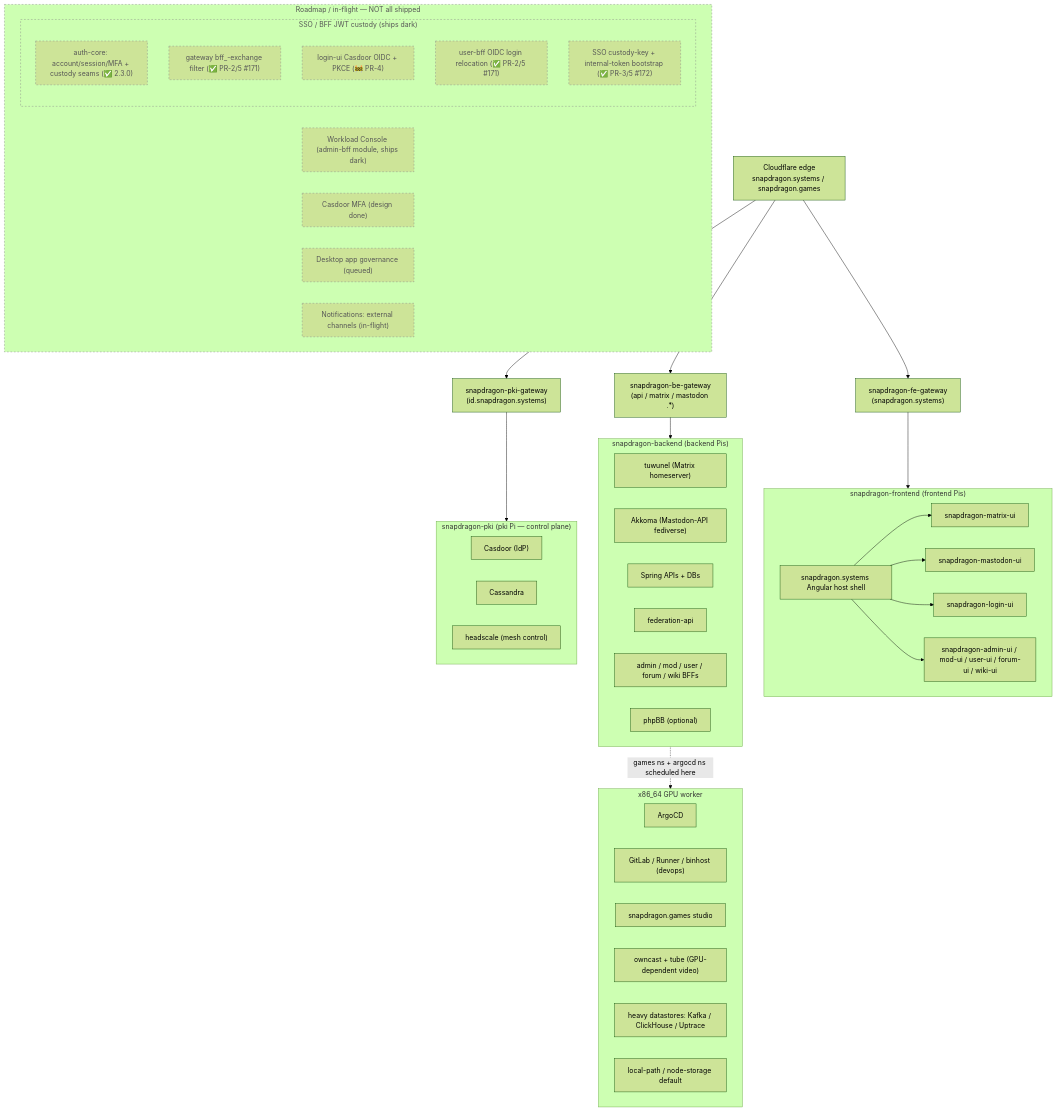
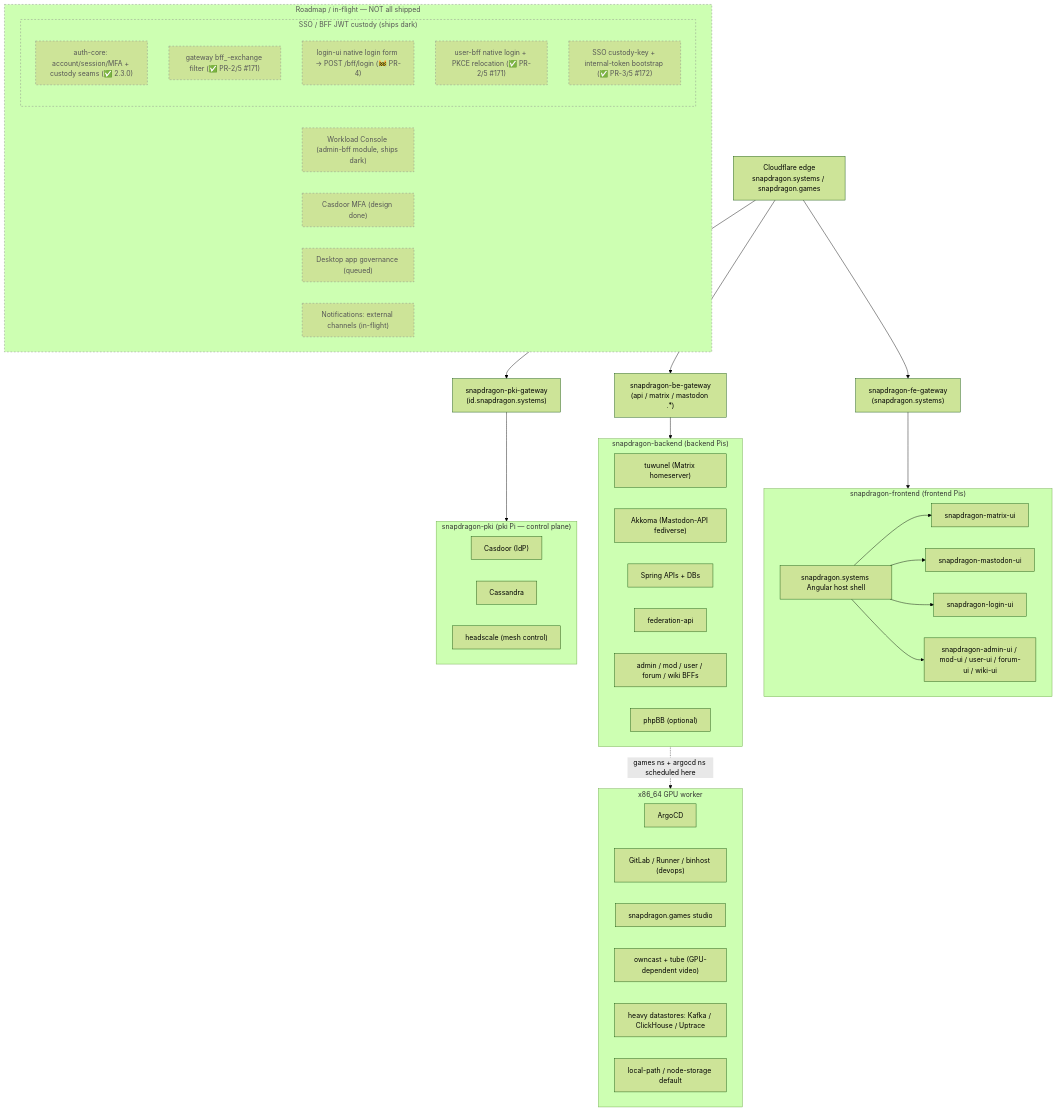
Before and after one commit to hugmesh/hugmesh-generator: the first of 2 diagrams in docs/ARCHITECTURE.md, drawn with Mermaid (forest theme). The commit also changed other lines of this file and 9 other files, not shown here.

````diff
--- a/docs/ARCHITECTURE.md
+++ b/docs/ARCHITECTURE.md
@@ -25,61 +25,61 @@
 ```mermaid
 flowchart TD
     CF["Cloudflare edge<br/>snapdragon.systems / snapdragon.games"]
     CF --> FEGW["snapdragon-fe-gateway<br/>(snapdragon.systems)"]
     CF --> BEGW["snapdragon-be-gateway<br/>(api / matrix / mastodon .*)"]
     CF --> PKIGW["snapdragon-pki-gateway<br/>(id.snapdragon.systems)"]
 
     subgraph FE["snapdragon-frontend (frontend Pis)"]
         HOST["snapdragon.systems Angular host shell"]
         HOST --> MUI["snapdragon-matrix-ui"]
         HOST --> MASTUI["snapdragon-mastodon-ui"]
         HOST --> LOGINUI["snapdragon-login-ui"]
         HOST --> ADMINUI["snapdragon-admin-ui / mod-ui / user-ui / forum-ui / wiki-ui"]
     end
 
     subgraph BE["snapdragon-backend (backend Pis)"]
         TUW["tuwunel (Matrix homeserver)"]
         AKK["Akkoma (Mastodon-API fediverse)"]
         APIS["Spring APIs + DBs"]
         FEDAPI["federation-api"]
         BFFS["admin / mod / user / forum / wiki BFFs"]
         PHPBB["phpBB (optional)"]
     end
 
     subgraph PKI["snapdragon-pki (pki Pi — control plane)"]
         CAS["Casdoor (IdP)"]
         CASS["Cassandra"]
         HS["headscale (mesh control)"]
     end
 
     subgraph X86["x86_64 GPU worker"]
         ARGO["ArgoCD"]
         DEVOPS["GitLab / Runner / binhost (devops)"]
         GAMES["snapdragon.games studio"]
         VIDEO["owncast + tube (GPU-dependent video)"]
         HEAVY["heavy datastores: Kafka / ClickHouse / Uptrace"]
         STORE["local-path / node-storage default"]
     end
 
     FEGW --> FE
     BEGW --> BE
     PKIGW --> PKI
     BE -. "games ns + argocd ns scheduled here" .-> X86
 
     subgraph ROADMAP["Roadmap / in-flight — NOT all shipped"]
         WC["Workload Console (admin-bff module, ships dark)"]
         MFA["Casdoor MFA (design done)"]
         DESKGOV["Desktop app governance (queued)"]
         NOTIFY["Notifications: external channels (in-flight)"]
         subgraph SSO["SSO / BFF JWT custody (ships dark)"]
             AUTHCORE["auth-core: account/session/MFA + custody seams (✅ 2.3.0)"]
             GWEXCH["gateway bff_-exchange filter (✅ PR-2/5 #171)"]
-            LOGINOIDC["login-ui Casdoor OIDC + PKCE (🚧 PR-4)"]
-            UBRELOC["user-bff OIDC login relocation (✅ PR-2/5 #171)"]
+            LOGINOIDC["login-ui native login form -> POST /bff/login (🚧 PR-4)"]
+            UBRELOC["user-bff native login + PKCE relocation (✅ PR-2/5 #171)"]
             CUSTKEY["SSO custody-key + internal-token bootstrap (✅ PR-3/5 #172)"]
         end
     end
 
     classDef planned stroke-dasharray:4,stroke:#888,color:#555;
     class ROADMAP,WC,MFA,DESKGOV,NOTIFY,SSO,AUTHCORE,GWEXCH,LOGINOIDC,UBRELOC,CUSTKEY planned;
 ```
````
